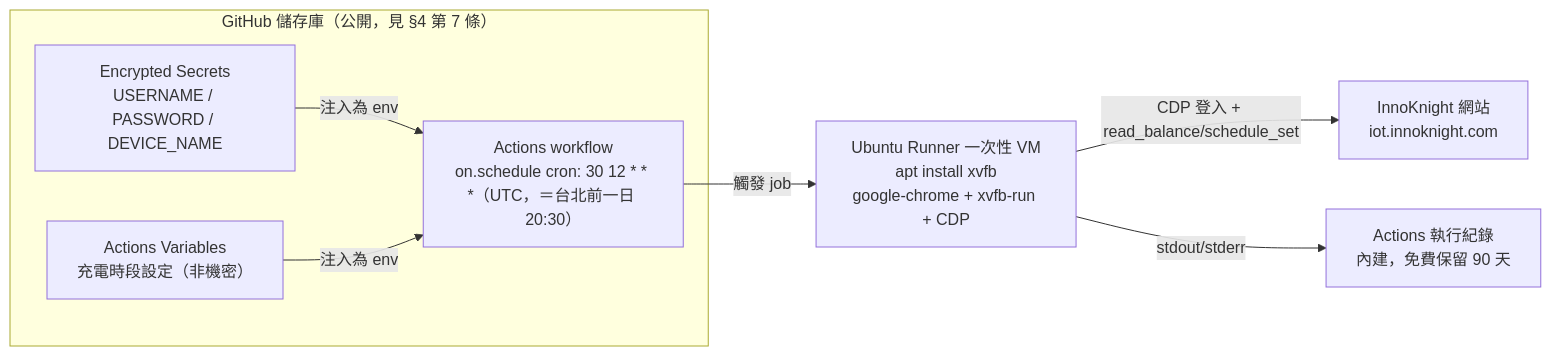
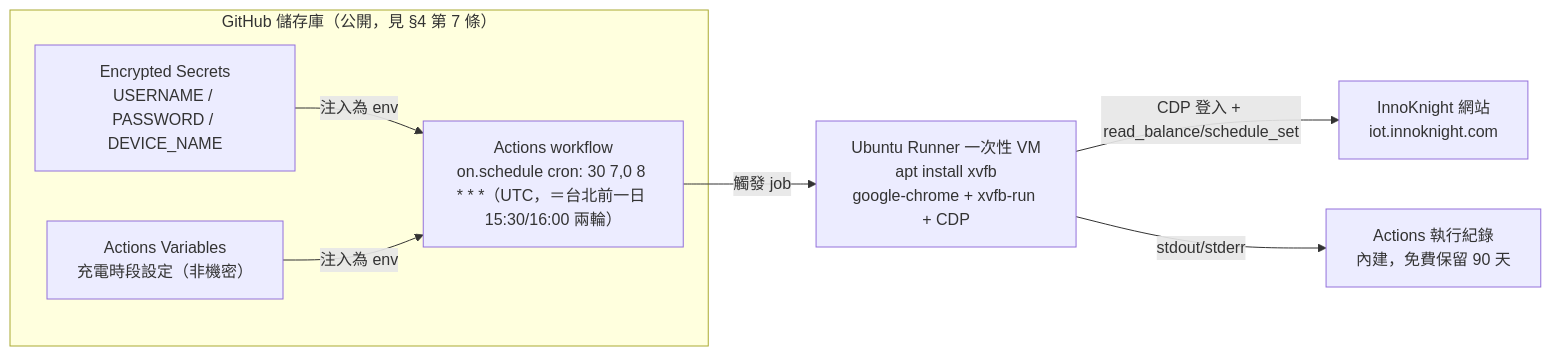
One commit to swchen44/innoknight-charging-person changed the first of 3 diagrams in docs/design.md. Above: the diagram before and after it, drawn with Mermaid. The commit also changed other lines of this file and 4 other files, not shown here.

````diff
--- a/docs/design.md
+++ b/docs/design.md
@@ -54,17 +58,17 @@
 ```mermaid
 flowchart LR
     subgraph GH[GitHub 儲存庫（公開，見 §4 第 7 條）]
         SEC[Encrypted Secrets<br/>USERNAME / PASSWORD / DEVICE_NAME]
         VAR[Actions Variables<br/>充電時段設定（非機密）]
-        WF["Actions workflow<br/>on.schedule cron: 30 12 * * *（UTC，＝台北前一日 20:30）"]
+        WF["Actions workflow<br/>on.schedule cron: 30 7,0 8 * * *（UTC，＝台北前一日 15:30/16:00 兩輪）"]
     end
     RUNNER[Ubuntu Runner 一次性 VM<br/>apt install xvfb<br/>google-chrome + xvfb-run + CDP]
     IK[InnoKnight 網站<br/>iot.innoknight.com]
     LOG[Actions 執行紀錄<br/>內建，免費保留 90 天]
 
     SEC -->|注入為 env| WF
     VAR -->|注入為 env| WF
     WF -->|觸發 job| RUNNER
     RUNNER -->|CDP 登入 + read_balance/schedule_set| IK
     RUNNER -->|stdout/stderr| LOG
 ```
````
